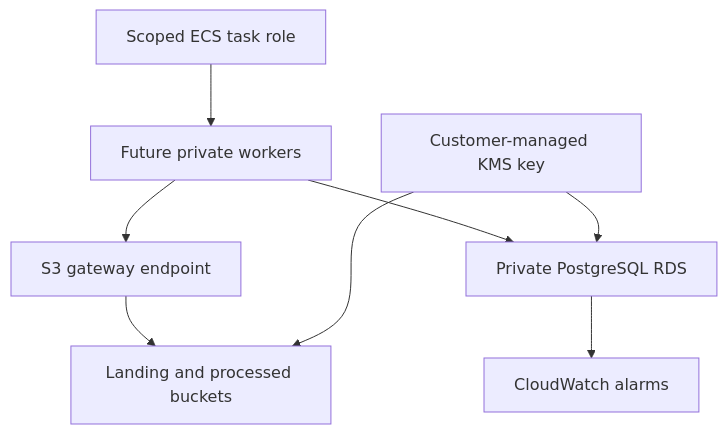
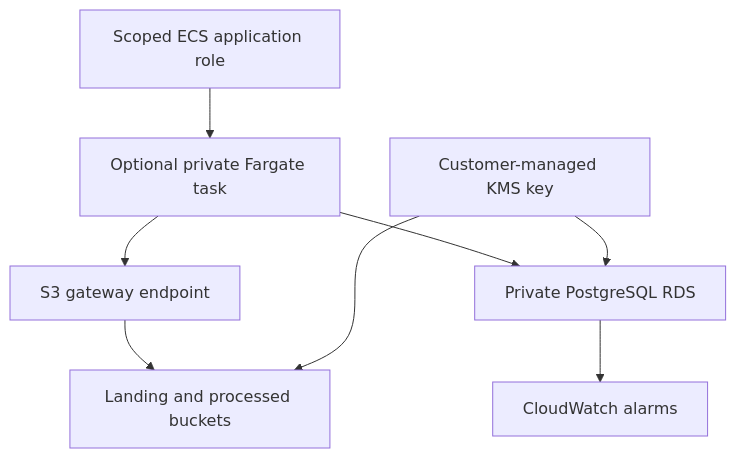
Before and after one commit to kdgmax/production-data-platform: the fourth of 5 diagrams in docs/architecture.md, drawn with Mermaid. The commit also changed other lines of this file and 21 other files, not shown here.

````diff
--- a/docs/architecture.md
+++ b/docs/architecture.md
@@ -224,10 +224,10 @@
 ```mermaid
 flowchart TD
-    IAM["Scoped ECS task role"] --> Workers["Future private workers"]
+    IAM["Scoped ECS application role"] --> Workers["Optional private Fargate task"]
     Workers --> Endpoint["S3 gateway endpoint"]
     Endpoint --> Buckets["Landing and processed buckets"]
     Workers --> RDS["Private PostgreSQL RDS"]
     KMS["Customer-managed KMS key"] --> Buckets
     KMS --> RDS
     RDS --> Alarms["CloudWatch alarms"]
 ```
````
